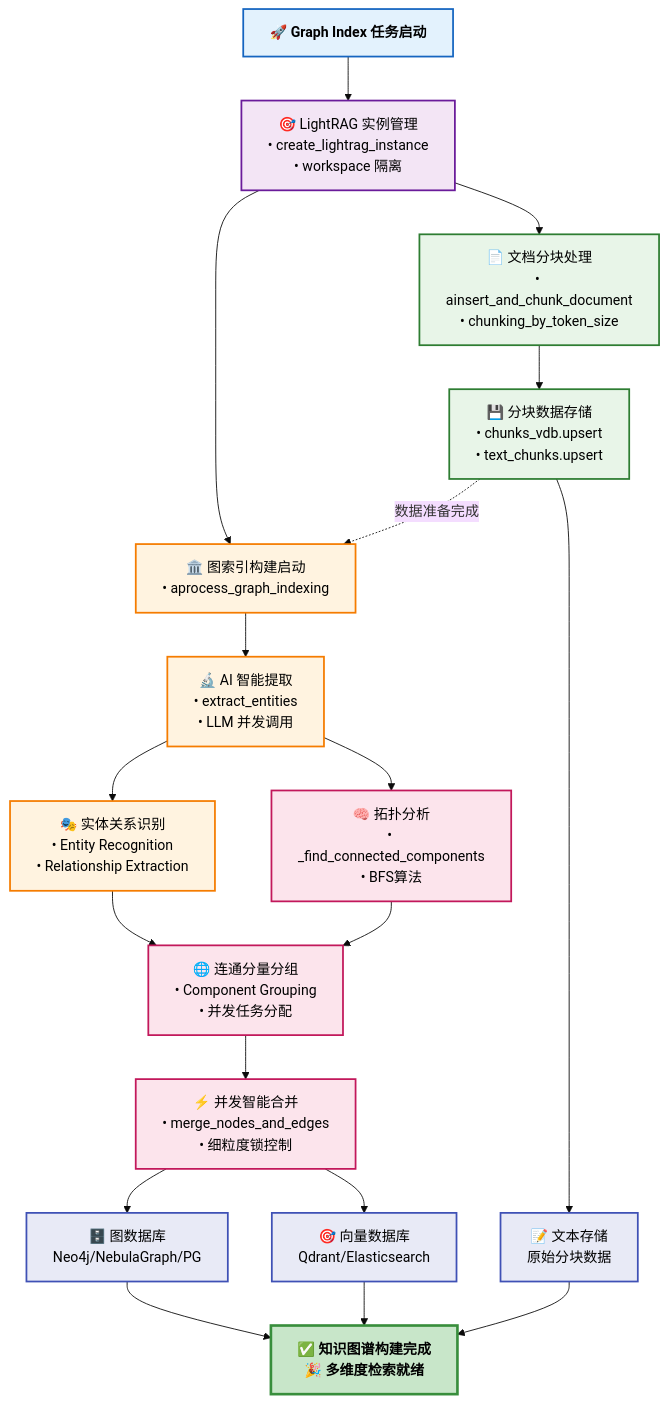
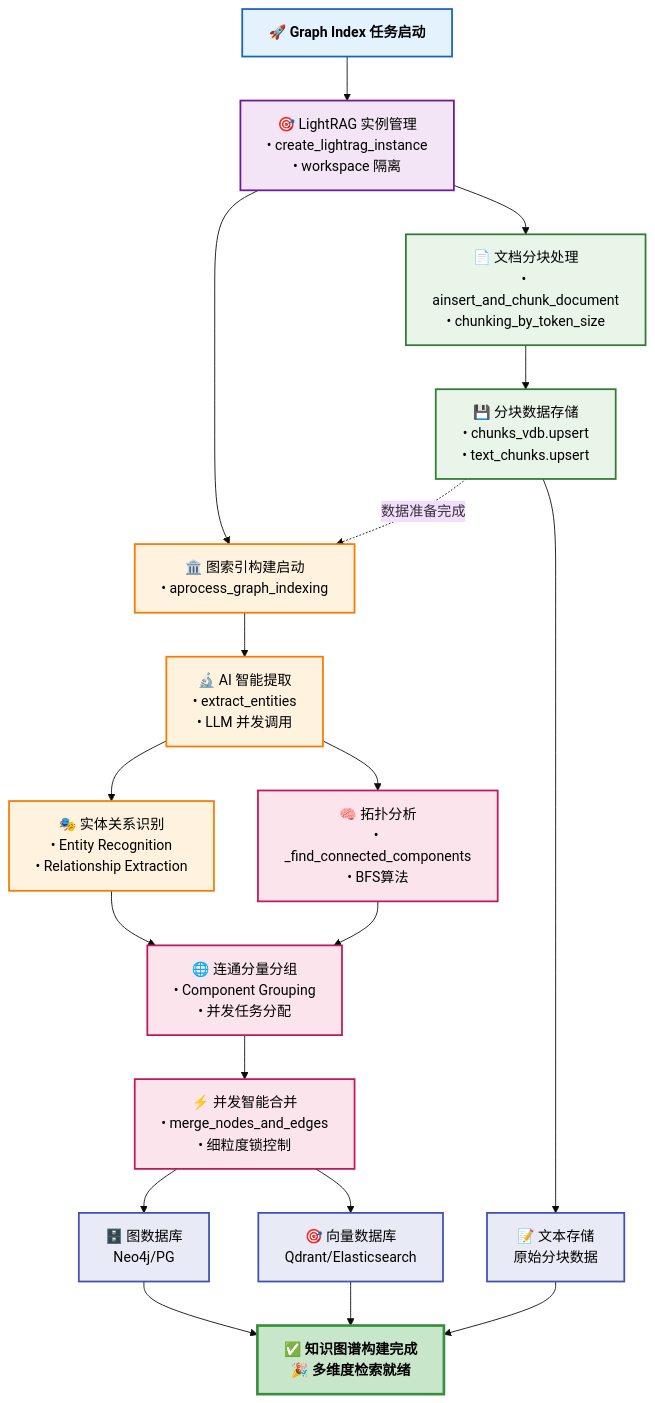
The first of 2 diagrams in docs/design/graph_index_creation_zh.md (apecloud/ApeRAG), drawn with Mermaid (base theme) before and after one commit. The commit also changed other lines of this file and 23 other files, not shown here.

````diff
--- a/docs/design/graph_index_creation_zh.md
+++ b/docs/design/graph_index_creation_zh.md
@@ -30,79 +30,79 @@
 ```mermaid
 flowchart TD
     %% 定义样式类
     classDef entry fill:#e3f2fd,stroke:#1565c0,stroke-width:2px,color:#000,font-weight:bold
     classDef manager fill:#f3e5f5,stroke:#6a1b9a,stroke-width:2px,color:#000
     classDef processing fill:#e8f5e8,stroke:#2e7d32,stroke-width:2px,color:#000
     classDef intelligence fill:#fff3e0,stroke:#f57c00,stroke-width:2px,color:#000
     classDef optimization fill:#fce4ec,stroke:#c2185b,stroke-width:2px,color:#000
     classDef storage fill:#e8eaf6,stroke:#3f51b5,stroke-width:2px,color:#000
     classDef complete fill:#c8e6c9,stroke:#388e3c,stroke-width:3px,color:#000,font-weight:bold
     
     %% 入口层
     START["🚀 Graph Index 任务启动"]
     
     %% 管理层
     MANAGER["🎯 LightRAG 实例管理<br/>• create_lightrag_instance<br/>• workspace 隔离"]
     
     %% 文档处理分支
     DOC_PROCESS["📄 文档分块处理<br/>• ainsert_and_chunk_document<br/>• chunking_by_token_size"]
     DOC_STORE["💾 分块数据存储<br/>• chunks_vdb.upsert<br/>• text_chunks.upsert"]
     
     %% 图索引处理分支
     GRAPH_START["🏛️ 图索引构建启动<br/>• aprocess_graph_indexing"]
     
     %% 智能提取层
     AI_EXTRACT["🔬 AI 智能提取<br/>• extract_entities<br/>• LLM 并发调用"]
     ENTITY_REL["🎭 实体关系识别<br/>• Entity Recognition<br/>• Relationship Extraction"]
     
     %% 拓扑优化层
     TOPO_ANALYSIS["🧠 拓扑分析<br/>• _find_connected_components<br/>• BFS算法"]
     COMPONENT_GROUP["🌐 连通分量分组<br/>• Component Grouping<br/>• 并发任务分配"]
     
     %% 并发合并层
     CONCURRENT_MERGE["⚡ 并发智能合并<br/>• merge_nodes_and_edges<br/>• 细粒度锁控制"]
     
     %% 存储层（并行写入）
-    STORAGE_GRAPH["🗄️ 图数据库<br/>Neo4j/NebulaGraph/PG"]
+    STORAGE_GRAPH["🗄️ 图数据库<br/>Neo4j/PG"]
     STORAGE_VECTOR["🎯 向量数据库<br/>Qdrant/Elasticsearch"]
     STORAGE_TEXT["📝 文本存储<br/>原始分块数据"]
     
     %% 完成
     COMPLETE["✅ 知识图谱构建完成<br/>🎉 多维度检索就绪"]
     
     %% 主流程连接
     START --> MANAGER
     MANAGER --> DOC_PROCESS
     MANAGER --> GRAPH_START
     
     DOC_PROCESS --> DOC_STORE
     DOC_STORE -.->|"数据准备完成"| GRAPH_START
     
     GRAPH_START --> AI_EXTRACT
     AI_EXTRACT --> ENTITY_REL
     AI_EXTRACT --> TOPO_ANALYSIS
     
     ENTITY_REL --> COMPONENT_GROUP
     TOPO_ANALYSIS --> COMPONENT_GROUP
     
     COMPONENT_GROUP --> CONCURRENT_MERGE
     
     %% 并行存储
     CONCURRENT_MERGE --> STORAGE_GRAPH
     CONCURRENT_MERGE --> STORAGE_VECTOR
     DOC_STORE --> STORAGE_TEXT
     
     %% 汇聚完成
     STORAGE_GRAPH --> COMPLETE
     STORAGE_VECTOR --> COMPLETE
     STORAGE_TEXT --> COMPLETE
     
     %% 应用样式
     class START entry
     class MANAGER manager
     class DOC_PROCESS,DOC_STORE processing
     class GRAPH_START,AI_EXTRACT,ENTITY_REL intelligence
     class TOPO_ANALYSIS,COMPONENT_GROUP,CONCURRENT_MERGE optimization
     class STORAGE_GRAPH,STORAGE_VECTOR,STORAGE_TEXT storage
     class COMPLETE complete
 ```
````
